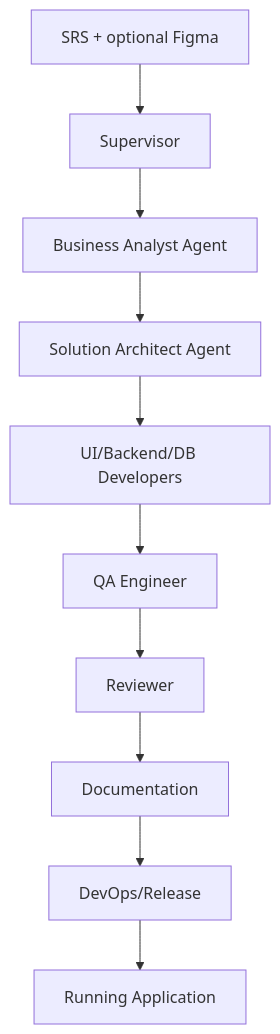
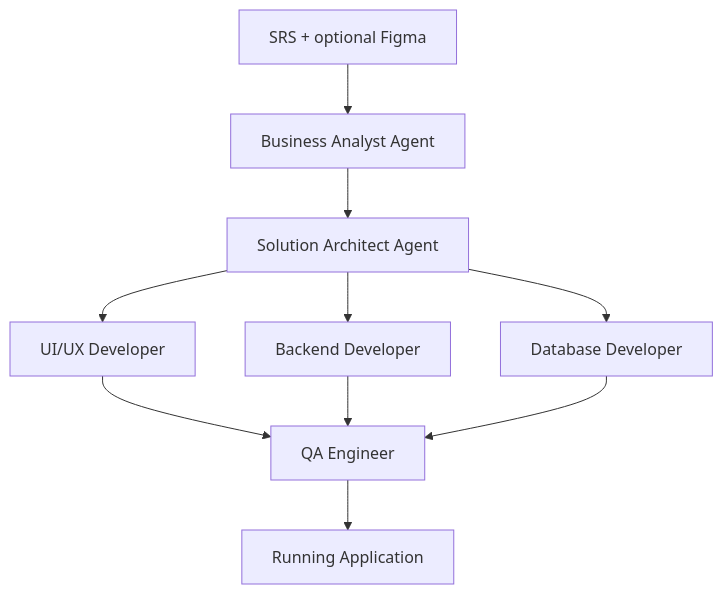
Before and after one commit to isahil94/spec_2_app_login_demo: the first of 4 diagrams in docs/architecture-document.md, drawn with Mermaid. The commit also changed other lines of this file and 171 other files, not shown here.

````diff
--- a/docs/architecture-document.md
+++ b/docs/architecture-document.md
@@ -202,12 +202,12 @@
 ```mermaid
 flowchart TD
-  SRS["SRS + optional Figma"] --> Supervisor[Supervisor]
-  Supervisor --> BusinessAnalyst[Business Analyst Agent]
-  BusinessAnalyst --> SolutionArchitect[Solution Architect Agent]
-  SolutionArchitect --> Developers[UI/Backend/DB Developers]
-  Developers --> QA[QA Engineer]
-  QA --> Reviewer[Reviewer]
-  Reviewer --> Documentation[Documentation]
-  Documentation --> DevOps[DevOps/Release]
-  DevOps --> RunningApp[Running Application]
+  SRS["SRS + optional Figma"] --> BA[Business Analyst Agent]
+  BA --> SA[Solution Architect Agent]
+  SA --> UI[UI/UX Developer]
+  SA --> BE[Backend Developer]
+  SA --> DB[Database Developer]
+  UI --> QA[QA Engineer]
+  BE --> QA
+  DB --> QA
+  QA --> RunningApp[Running Application]
 ```
````
